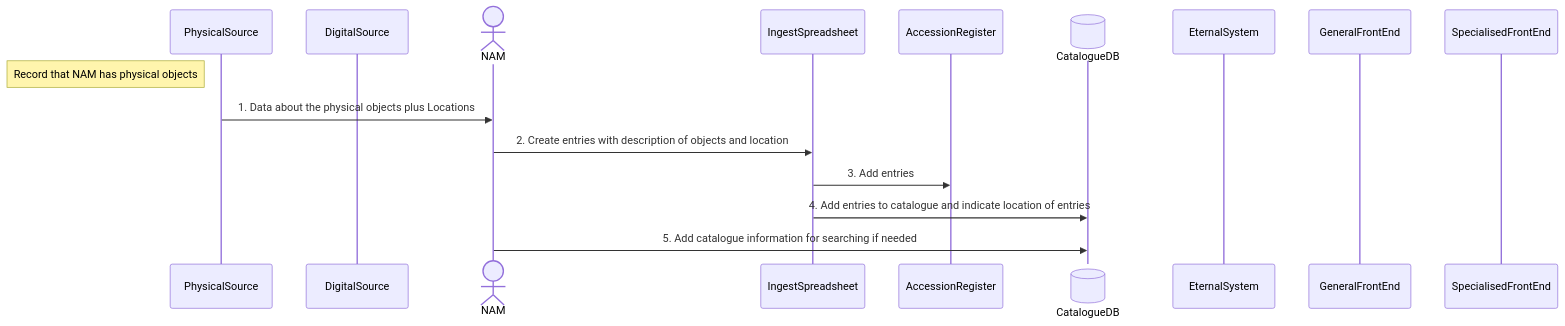
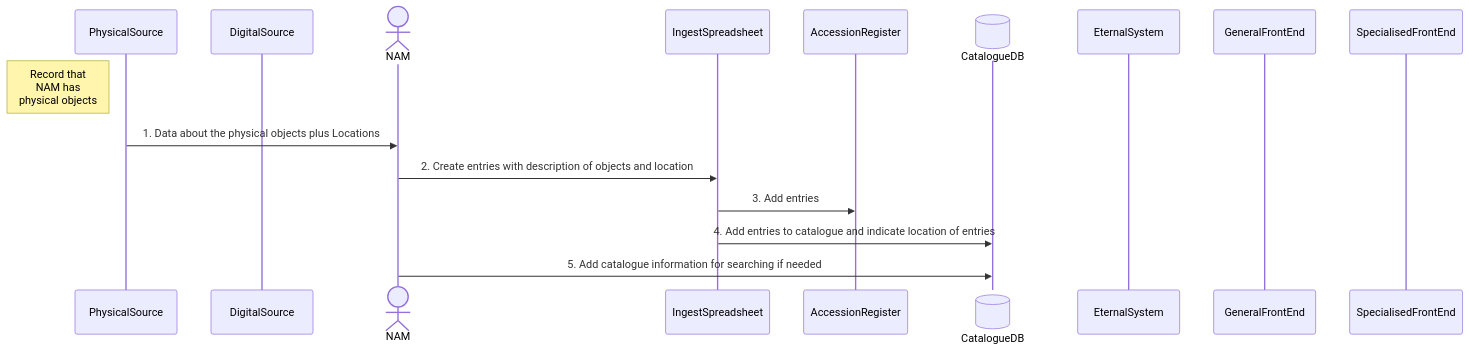
Before and after one commit to dgiaretta/NAM: the third of 6 diagrams in README.md, drawn with Mermaid. The commit also changed other lines of this file, not shown here.

````diff
--- a/README.md
+++ b/README.md
@@ -72,20 +72,20 @@
 ```mermaid
 sequenceDiagram
 participant PhysicalSource
 participant DigitalSource
 actor NAM
 participant IngestSpreadsheet
 participant AccessionRegister
 participant CatalogueDB@{ "type": "database" }
 participant EternalSystem
 participant GeneralFrontEnd
 participant SpecialisedFrontEnd
  
-Note left of PhysicalSource: Record that NAM has physical objects
+Note left of PhysicalSource: Record that<br/>NAM has<br/>physical objects
 PhysicalSource->>NAM: 1. Data about the physical objects plus Locations
 NAM->>IngestSpreadsheet: 2. Create entries with description of objects and location
 IngestSpreadsheet->>AccessionRegister: 3. Add entries 
 IngestSpreadsheet->>CatalogueDB: 4. Add entries to catalogue and indicate location of entries
 NAM->>CatalogueDB: 5. Add catalogue information for searching if needed
 
 ```
````
